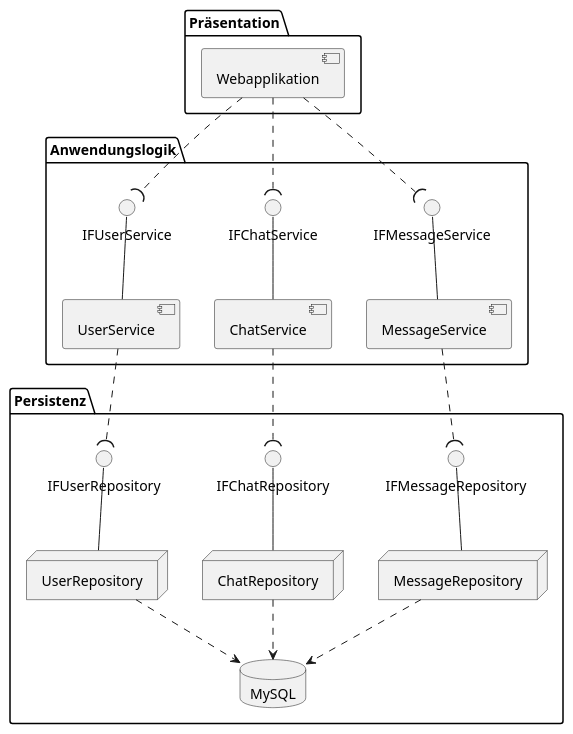
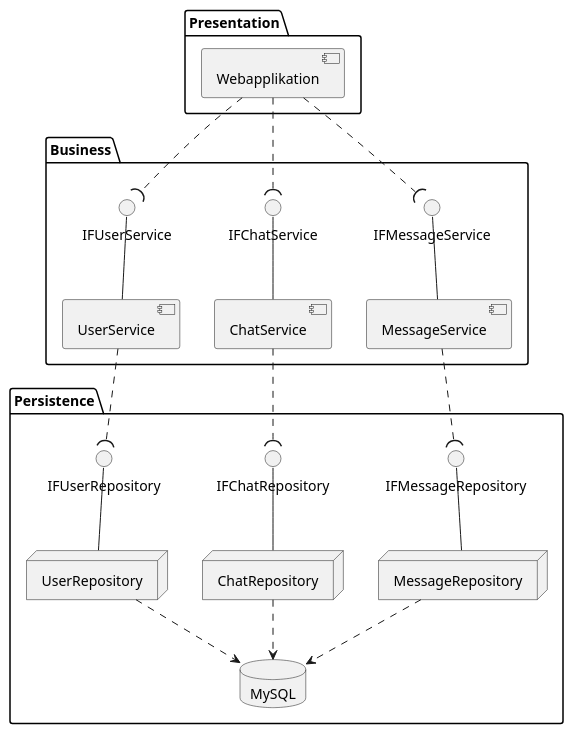
Before and after one commit to bbenno/oth-sw: the diagram in src/doc/uml-component.puml, drawn with PlantUML.

Commit message:
Translate package names in component diagram to EN
more internationalization

```diff
--- a/src/doc/uml-component.puml
+++ b/src/doc/uml-component.puml
@@ -1,47 +1,47 @@
 @startuml chat
-package "Präsentation" {
+package "Presentation" {
     component "Webapplikation" as app
 }
 
-package "Anwendungslogik" {
+package "Business" {
     component "UserService" as US
     component "ChatService" as CS
     component "MessageService" as MS
 
     () IFUserService as IFUS
     () IFChatService as IFCS
     () IFMessageService as IFMS
 
     US -up- IFUS
     CS -up- IFCS
     MS -up- IFMS
 }
 
-package "Persistenz" {
+package "Persistence" {
     node "UserRepository" as UR
     node "ChatRepository" as CR
     node "MessageRepository" as MR
 
     database "MySQL" as db
 
     () IFUserRepository as IFUR
     () IFChatRepository as IFCR
     () IFMessageRepository as IFMR
 
     UR -up- IFUR
     CR -up- IFCR
     MR -up- IFMR
 
     UR .down.> db
     CR .down.> db
     MR .down.> db
 }
 
 app .down.( IFUS
 app .down.( IFCS
 app .down.( IFMS
 
 US .down.( IFUR
 CS .down.( IFCR
 MS .down.( IFMR
 @enduml
```
